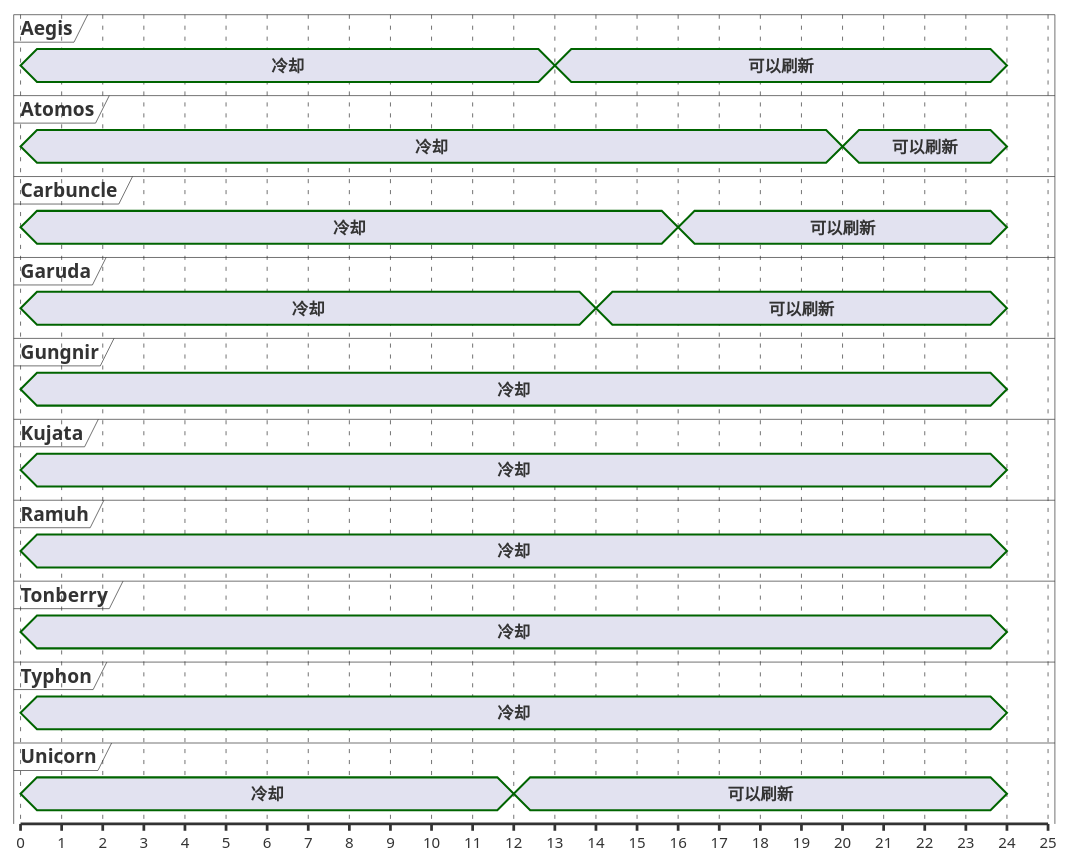
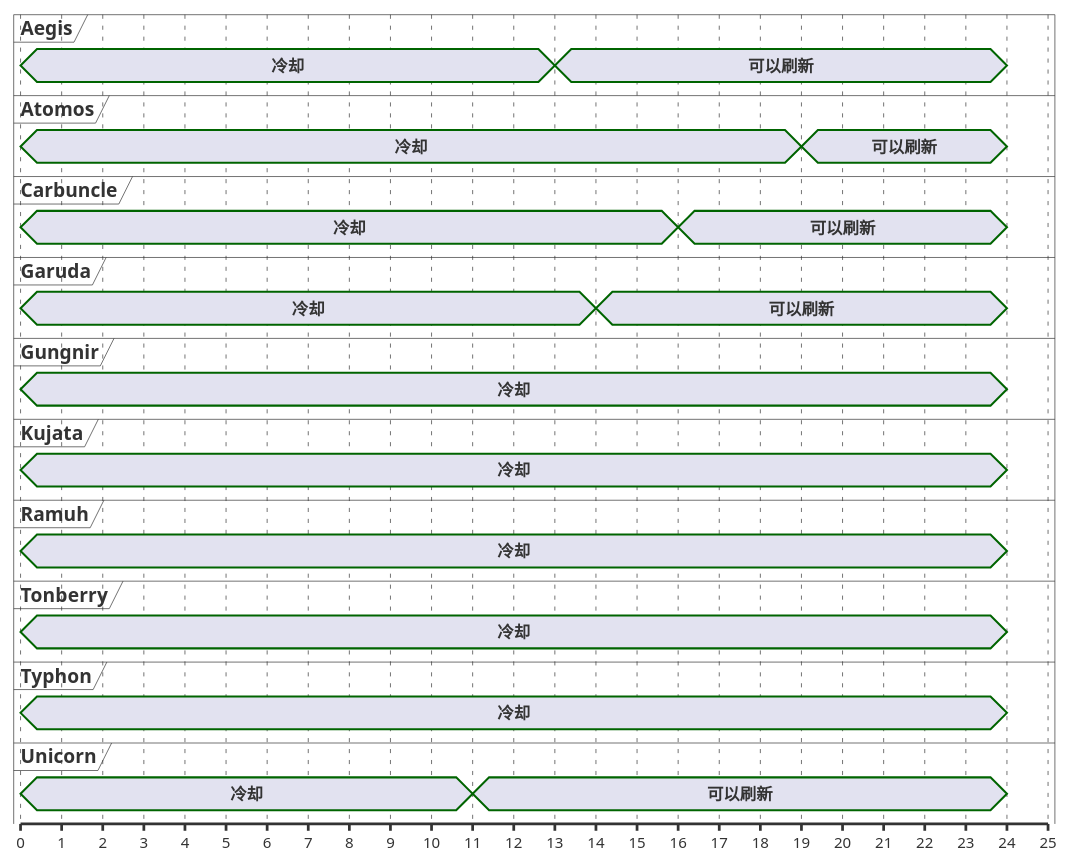
One commit to Eroleice/doc-pi changed the fifth of 13 diagrams in ffxiv/hunt/5.0/Ixtab.md. Above: the diagram before and after it, drawn with PlantUML. The commit also changed other lines of this file and 38 other files, not shown here.

````diff
--- a/ffxiv/hunt/5.0/Ixtab.md
+++ b/ffxiv/hunt/5.0/Ixtab.md
@@ -213,62 +213,62 @@
 ```plantuml
 @startuml
 scale 1 as 30 pixels
 
 concise Aegis
 concise Atomos
 concise Carbuncle
 concise Garuda
 concise Gungnir
 concise Kujata
 concise Ramuh
 concise Tonberry
 concise Typhon
 concise Unicorn
 
 @Unicorn
 0 is 冷却
-12 is 可以刷新
+11 is 可以刷新
 24 is {hidden}
 
 @Aegis
 0 is 冷却
 13 is 可以刷新
 24 is {hidden}
 
 @Garuda
 0 is 冷却
 14 is 可以刷新
 24 is {hidden}
 
 @Carbuncle
 0 is 冷却
 16 is 可以刷新
 24 is {hidden}
 
 @Atomos
 0 is 冷却
-20 is 可以刷新
+19 is 可以刷新
 24 is {hidden}
 
 @Typhon
 0 is 冷却
 24 is {hidden}
 
 @Gungnir
 0 is 冷却
 24 is {hidden}
 
 @Tonberry
 0 is 冷却
 24 is {hidden}
 
 @Kujata
 0 is 冷却
 24 is {hidden}
 
 @Ramuh
 0 is 冷却
 24 is {hidden}
 
 @enduml
 ```
````
